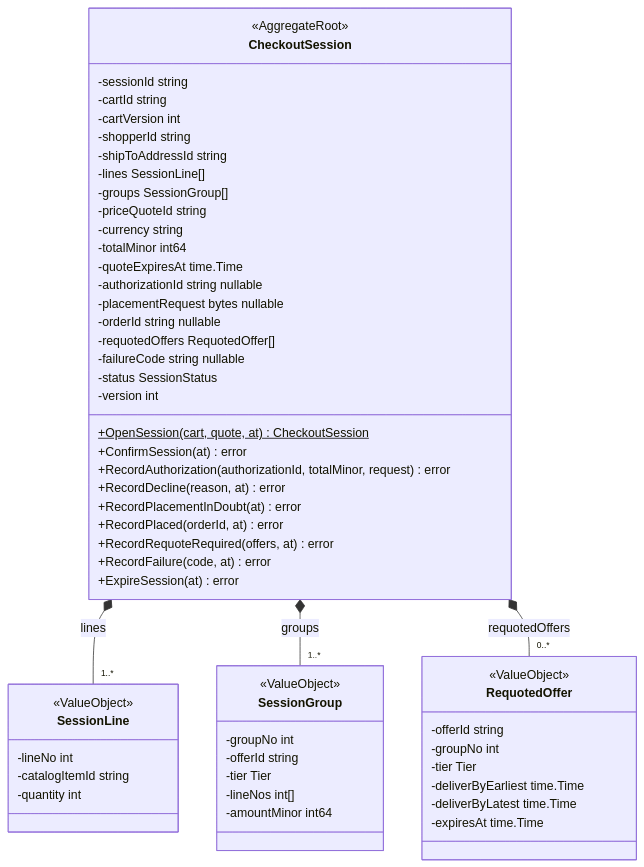
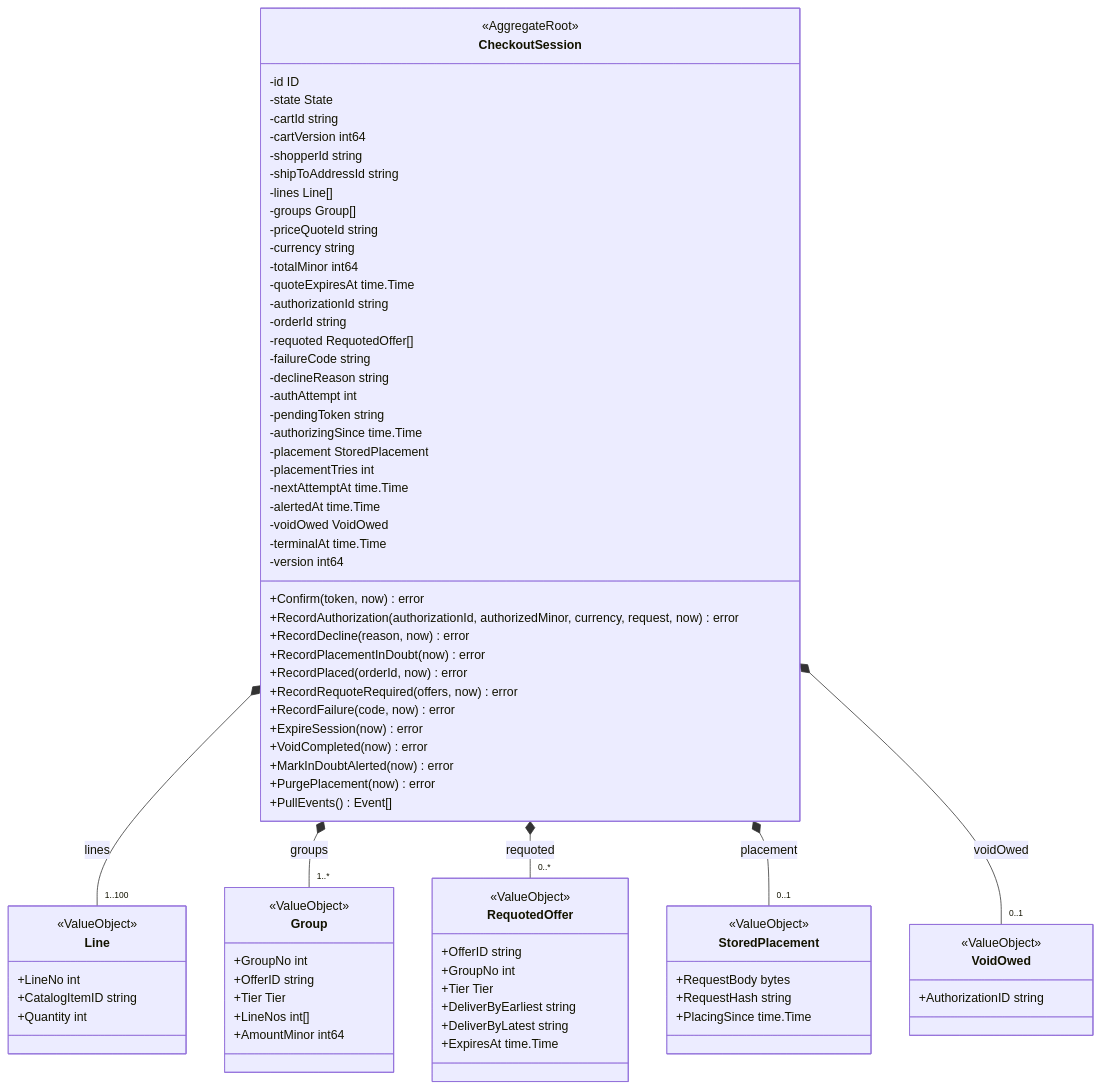
The first of 5 diagrams in docs/docs/ddd/class-diagram.md (IQVO/checkout), drawn with Mermaid before and after one commit. The commit also changed other lines of this file and 8 other files, not shown here.

First line of the commit message:
docs(checkout): review the DDD pack and API pages against the code

````diff
--- a/docs/docs/ddd/class-diagram.md
+++ b/docs/docs/ddd/class-diagram.md
@@ -23,58 +21,82 @@
     direction TB
     class CheckoutSession {
         <<AggregateRoot>>
-        -sessionId string
+        -id ID
+        -state State
         -cartId string
-        -cartVersion int
+        -cartVersion int64
         -shopperId string
         -shipToAddressId string
-        -lines SessionLine[]
-        -groups SessionGroup[]
+        -lines Line[]
+        -groups Group[]
         -priceQuoteId string
         -currency string
         -totalMinor int64
         -quoteExpiresAt time.Time
-        -authorizationId string nullable
-        -placementRequest bytes nullable
-        -orderId string nullable
-        -requotedOffers RequotedOffer[]
-        -failureCode string nullable
-        -status SessionStatus
-        -version int
-        +OpenSession(cart, quote, at)$ CheckoutSession
-        +ConfirmSession(at) error
-        +RecordAuthorization(authorizationId, totalMinor, request) error
-        +RecordDecline(reason, at) error
-        +RecordPlacementInDoubt(at) error
-        +RecordPlaced(orderId, at) error
-        +RecordRequoteRequired(offers, at) error
-        +RecordFailure(code, at) error
-        +ExpireSession(at) error
+        -authorizationId string
+        -orderId string
+        -requoted RequotedOffer[]
+        -failureCode string
+        -declineReason string
+        -authAttempt int
+        -pendingToken string
+        -authorizingSince time.Time
+        -placement StoredPlacement
+        -placementTries int
+        -nextAttemptAt time.Time
+        -alertedAt time.Time
+        -voidOwed VoidOwed
+        -terminalAt time.Time
+        -version int64
+        +Confirm(token, now) error
+        +RecordAuthorization(authorizationId, authorizedMinor, currency, request, now) error
+        +RecordDecline(reason, now) error
+        +RecordPlacementInDoubt(now) error
+        +RecordPlaced(orderId, now) error
+        +RecordRequoteRequired(offers, now) error
+        +RecordFailure(code, now) error
+        +ExpireSession(now) error
+        +VoidCompleted(now) error
+        +MarkInDoubtAlerted(now) error
+        +PurgePlacement(now) error
+        +PullEvents() Event[]
     }
-    class SessionLine {
+    class Line {
         <<ValueObject>>
-        -lineNo int
-        -catalogItemId string
-        -quantity int
+        +LineNo int
+        +CatalogItemID string
+        +Quantity int
     }
-    class SessionGroup {
+    class Group {
         <<ValueObject>>
-        -groupNo int
-        -offerId string
-        -tier Tier
-        -lineNos int[]
-        -amountMinor int64
+        +GroupNo int
+        +OfferID string
+        +Tier Tier
+        +LineNos int[]
+        +AmountMinor int64
     }
     class RequotedOffer {
         <<ValueObject>>
-        -offerId string
-        -groupNo int
-        -tier Tier
-        -deliverByEarliest time.Time
-        -deliverByLatest time.Time
-        -expiresAt time.Time
+        +OfferID string
+        +GroupNo int
+        +Tier Tier
+        +DeliverByEarliest string
+        +DeliverByLatest string
+        +ExpiresAt time.Time
     }
-    CheckoutSession *-- "1..*" SessionLine : lines
-    CheckoutSession *-- "1..*" SessionGroup : groups
-    CheckoutSession *-- "0..*" RequotedOffer : requotedOffers
+    class StoredPlacement {
+        <<ValueObject>>
+        +RequestBody bytes
+        +RequestHash string
+        +PlacingSince time.Time
+    }
+    class VoidOwed {
+        <<ValueObject>>
+        +AuthorizationID string
+    }
+    CheckoutSession *-- "1..100" Line : lines
+    CheckoutSession *-- "1..*" Group : groups
+    CheckoutSession *-- "0..*" RequotedOffer : requoted
+    CheckoutSession *-- "0..1" StoredPlacement : placement
+    CheckoutSession *-- "0..1" VoidOwed : voidOwed
 ```
````
